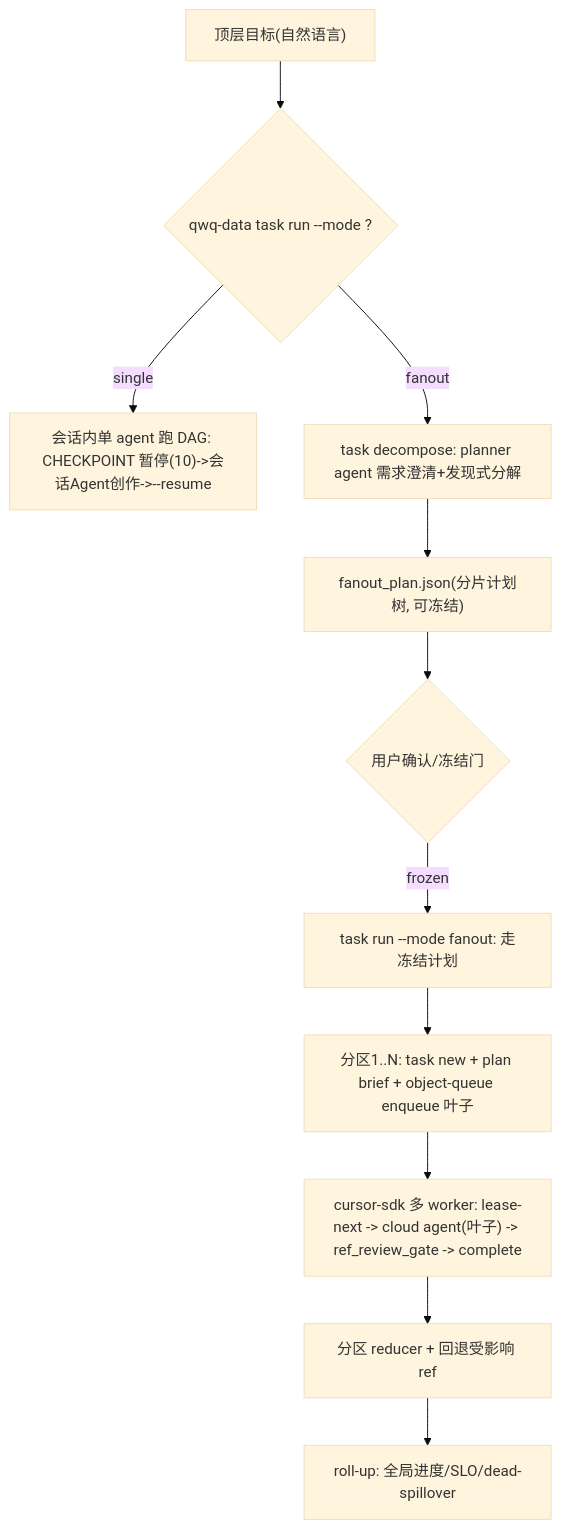
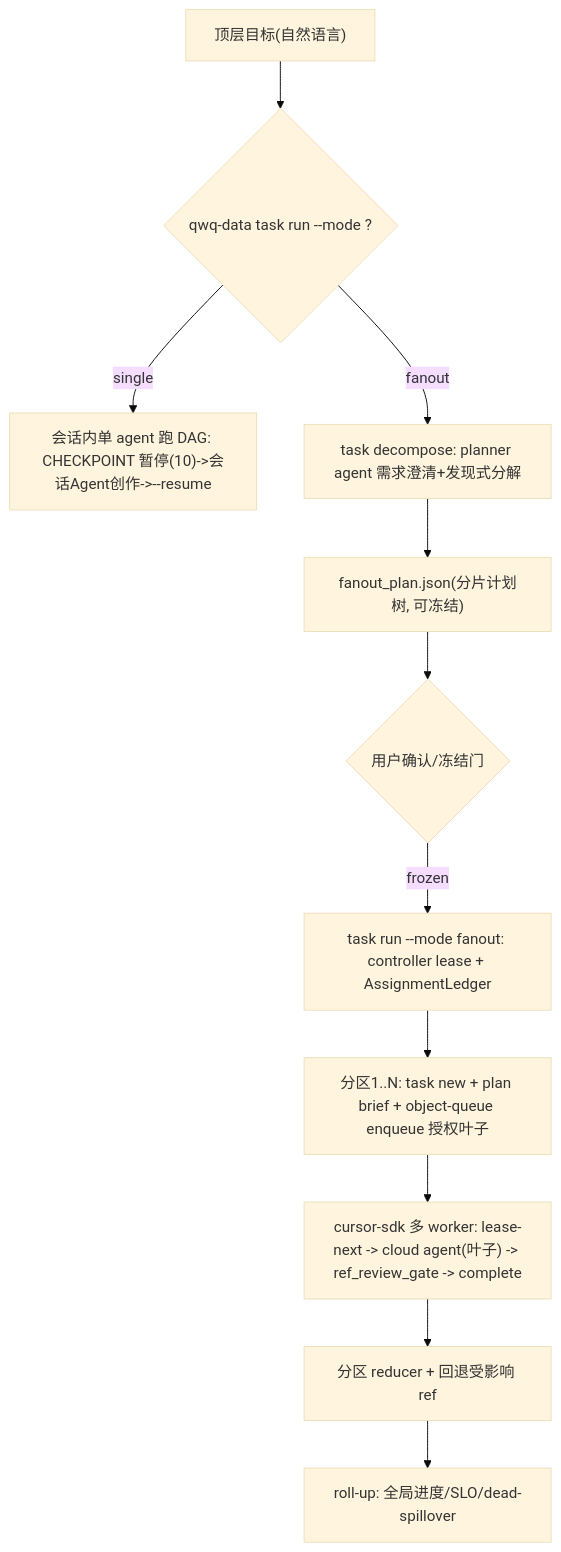
One commit to openstudio2022/quwoquan changed the diagram in quwoquan_data/docs/fanout_scaffold_spec.md. Above: the diagram before and after it, drawn with Mermaid (base theme). The commit also changed other lines of this file and 5212 other files, not shown here.

````diff
--- a/quwoquan_data/docs/fanout_scaffold_spec.md
+++ b/quwoquan_data/docs/fanout_scaffold_spec.md
@@ -21,13 +25,13 @@
 ```mermaid
 flowchart TD
   goal["顶层目标(自然语言)"] --> mode{"qwq-data task run --mode ?"}
   mode -->|single| dagS["会话内单 agent 跑 DAG: CHECKPOINT 暂停(10)->会话Agent创作->--resume"]
   mode -->|fanout| decomp["task decompose: planner agent 需求澄清+发现式分解"]
   decomp --> tree["fanout_plan.json(分片计划树, 可冻结)"]
   tree --> confirm{"用户确认/冻结门"}
-  confirm -->|frozen| dispatch["task run --mode fanout: 走冻结计划"]
-  dispatch --> part1["分区1..N: task new + plan brief + object-queue enqueue 叶子"]
+  confirm -->|frozen| dispatch["task run --mode fanout: controller lease + AssignmentLedger"]
+  dispatch --> part1["分区1..N: task new + plan brief + object-queue enqueue 授权叶子"]
   part1 --> runner["cursor-sdk 多 worker: lease-next -> cloud agent(叶子) -> ref_review_gate -> complete"]
   runner --> reduce["分区 reducer + 回退受影响 ref"]
   reduce --> rollup["roll-up: 全局进度/SLO/dead-spillover"]
 ```
````
